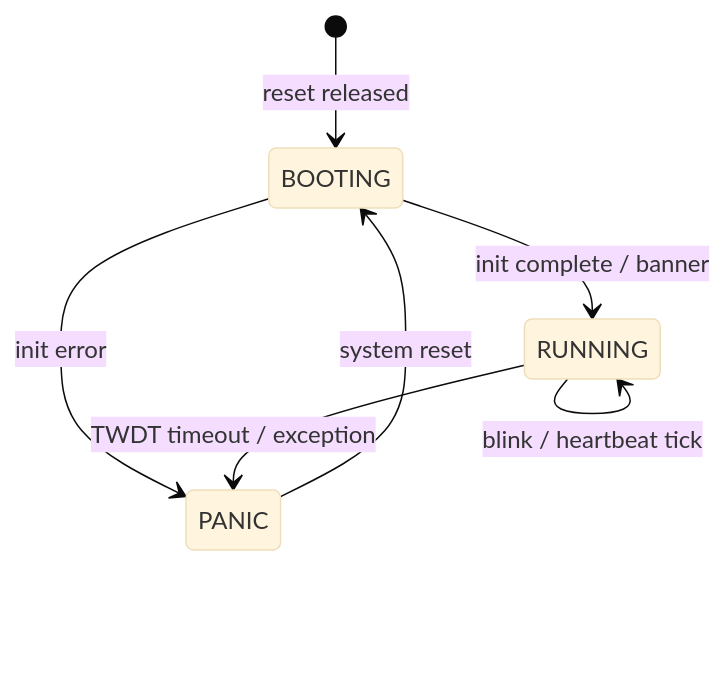
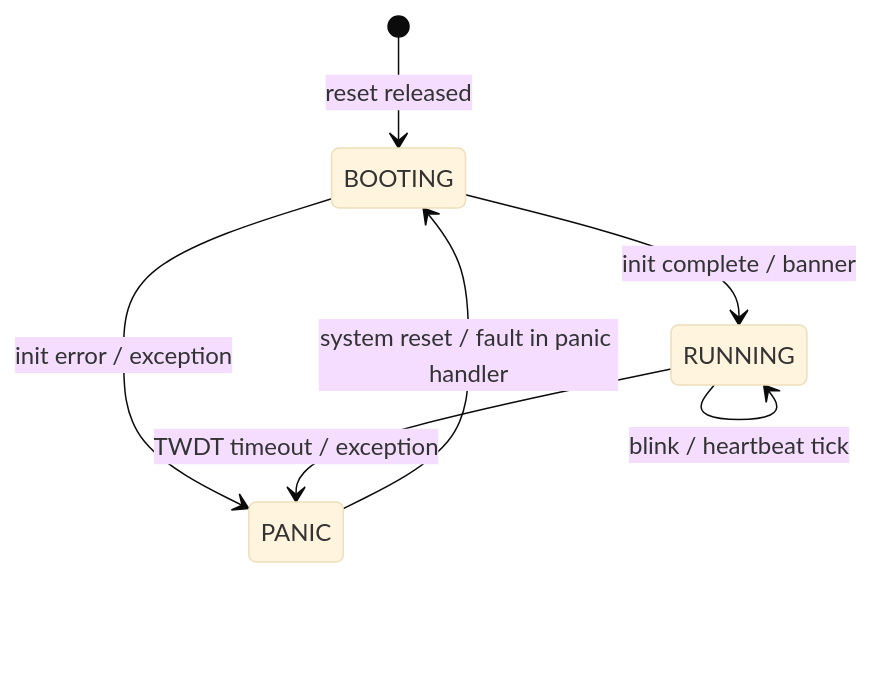
One commit to 1984ozone1984/helloworld-esp-projekt changed the first of 2 diagrams in docs/Functionality/FSD.md. Above: the diagram before and after it, drawn with Mermaid (base theme). The commit also changed other lines of this file and 2 other files, not shown here.

````diff
--- a/docs/Functionality/FSD.md
+++ b/docs/Functionality/FSD.md
@@ -116,9 +126,9 @@
 ```mermaid
 stateDiagram-v2
   [*] --> BOOTING: reset released
   BOOTING --> RUNNING: init complete / banner
-  BOOTING --> PANIC: init error
+  BOOTING --> PANIC: init error / exception
   RUNNING --> RUNNING: blink / heartbeat tick
   RUNNING --> PANIC: TWDT timeout / exception
-  PANIC --> BOOTING: system reset
+  PANIC --> BOOTING: system reset / fault in panic handler
 ```
````
